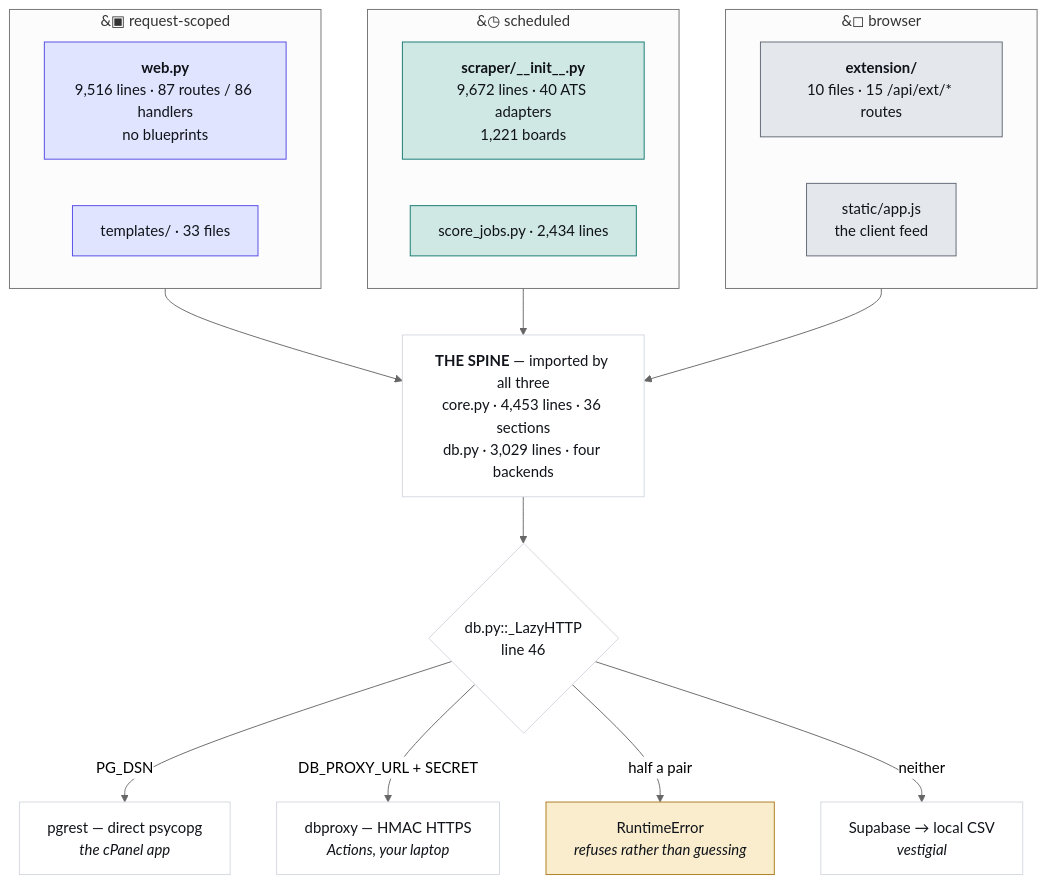
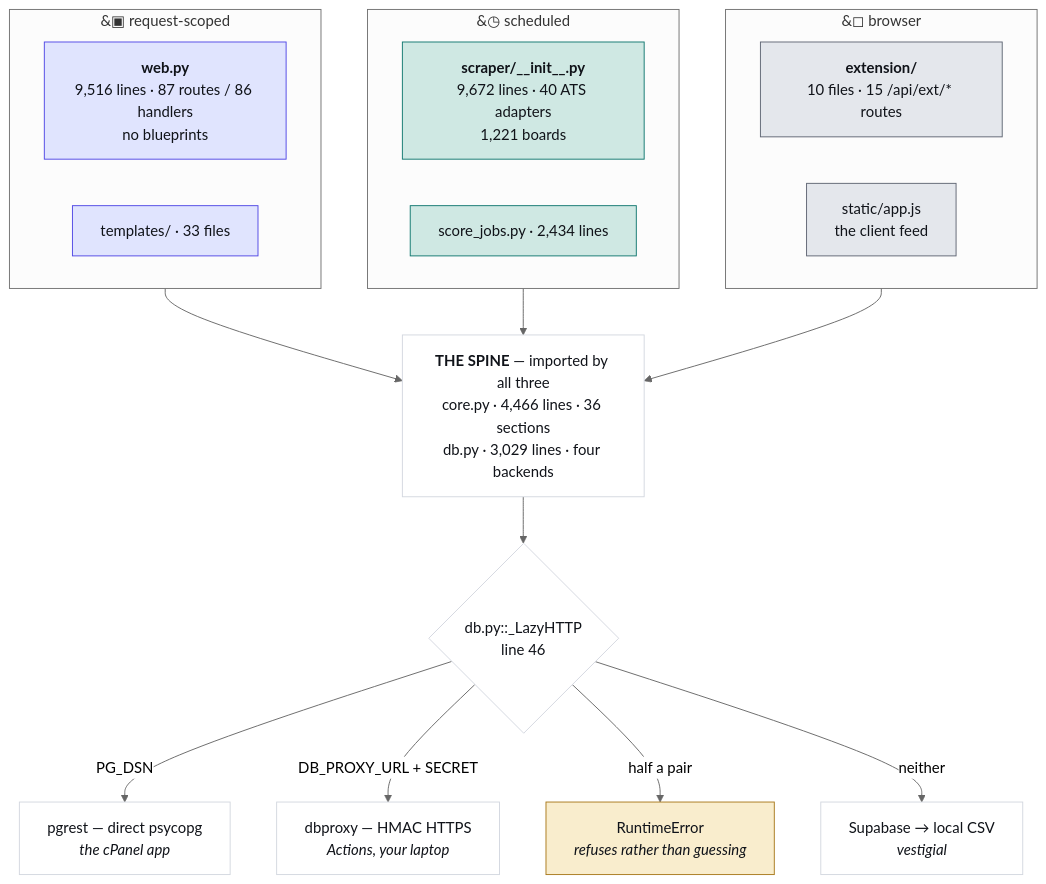
Before and after one commit to hadakunal909-debug/job-search-tool: the first of 4 diagrams in JobMatch Scraper/docs/ARCHITECTURE.md, drawn with Mermaid (neutral theme). The commit also changed other lines of this file and 9 other files, not shown here.

````diff
--- a/JobMatch Scraper/docs/ARCHITECTURE.md
+++ b/JobMatch Scraper/docs/ARCHITECTURE.md
@@ -45,34 +45,34 @@
 ```mermaid
 flowchart TB
   subgraph REQ["&#9635; request-scoped"]
     W["<b>web.py</b><br/>9,516 lines · 87 routes / 86 handlers<br/>no blueprints"]
     T["templates/ · 33 files"]
   end
   subgraph SCH["&#9719; scheduled"]
     S["<b>scraper/__init__.py</b><br/>9,672 lines · 40 ATS adapters<br/>1,221 boards"]
     J["score_jobs.py · 2,434 lines"]
   end
   subgraph CLI["&#9723; browser"]
     E["<b>extension/</b><br/>10 files · 15 /api/ext/* routes"]
     A["static/app.js<br/>the client feed"]
   end
-  SPINE["<b>THE SPINE</b> — imported by all three<br/>core.py · 4,453 lines · 36 sections<br/>db.py · 3,029 lines · four backends"]
+  SPINE["<b>THE SPINE</b> — imported by all three<br/>core.py · 4,466 lines · 36 sections<br/>db.py · 3,029 lines · four backends"]
   REQ --> SPINE
   SCH --> SPINE
   CLI --> SPINE
   SPINE --> D{"db.py::_LazyHTTP<br/>line 46"}
   D -->|"PG_DSN"| P["pgrest — direct psycopg<br/><i>the cPanel app</i>"]
   D -->|"DB_PROXY_URL + SECRET"| X["dbproxy — HMAC HTTPS<br/><i>Actions, your laptop</i>"]
   D -->|"half a pair"| R["RuntimeError<br/><i>refuses rather than guessing</i>"]
   D -->|"neither"| V["Supabase → local CSV<br/><i>vestigial</i>"]
   classDef web fill:#e0e4fe,stroke:#4f46e5,color:#101319
   classDef sched fill:#cfe8e3,stroke:#0f766e,color:#101319
   classDef client fill:#e4e7ec,stroke:#5f6573,color:#101319
   classDef trap fill:#f9edcd,stroke:#a8781a,color:#101319
   classDef plain fill:#ffffff,stroke:#d3d7df,color:#101319
   class W,T web
   class S,J sched
   class E,A client
   class R trap
   class SPINE,D,P,X,V plain
 ```
````
